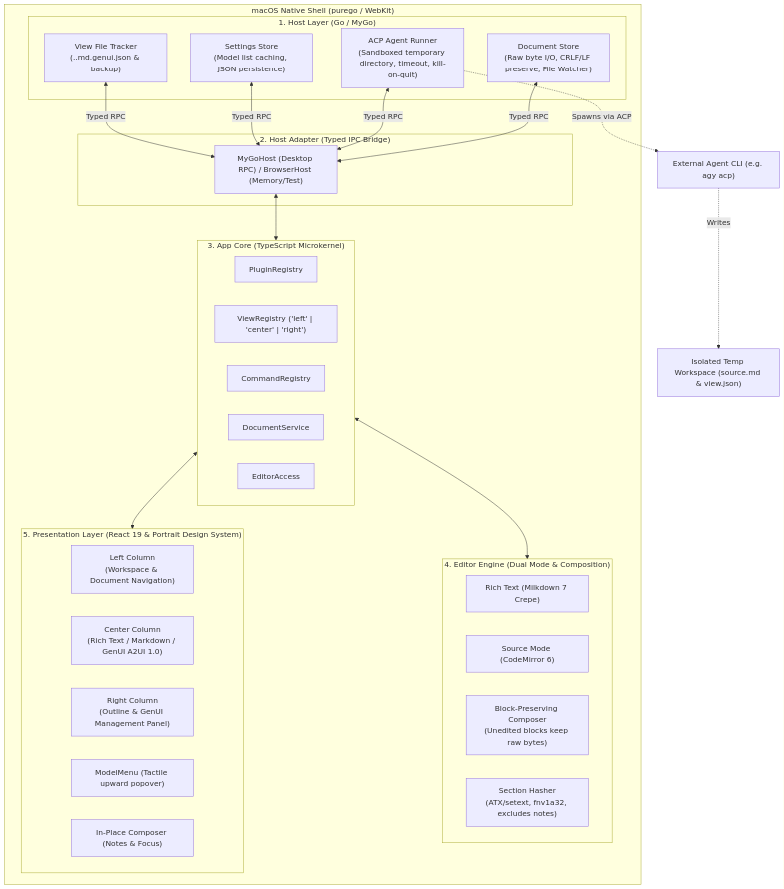
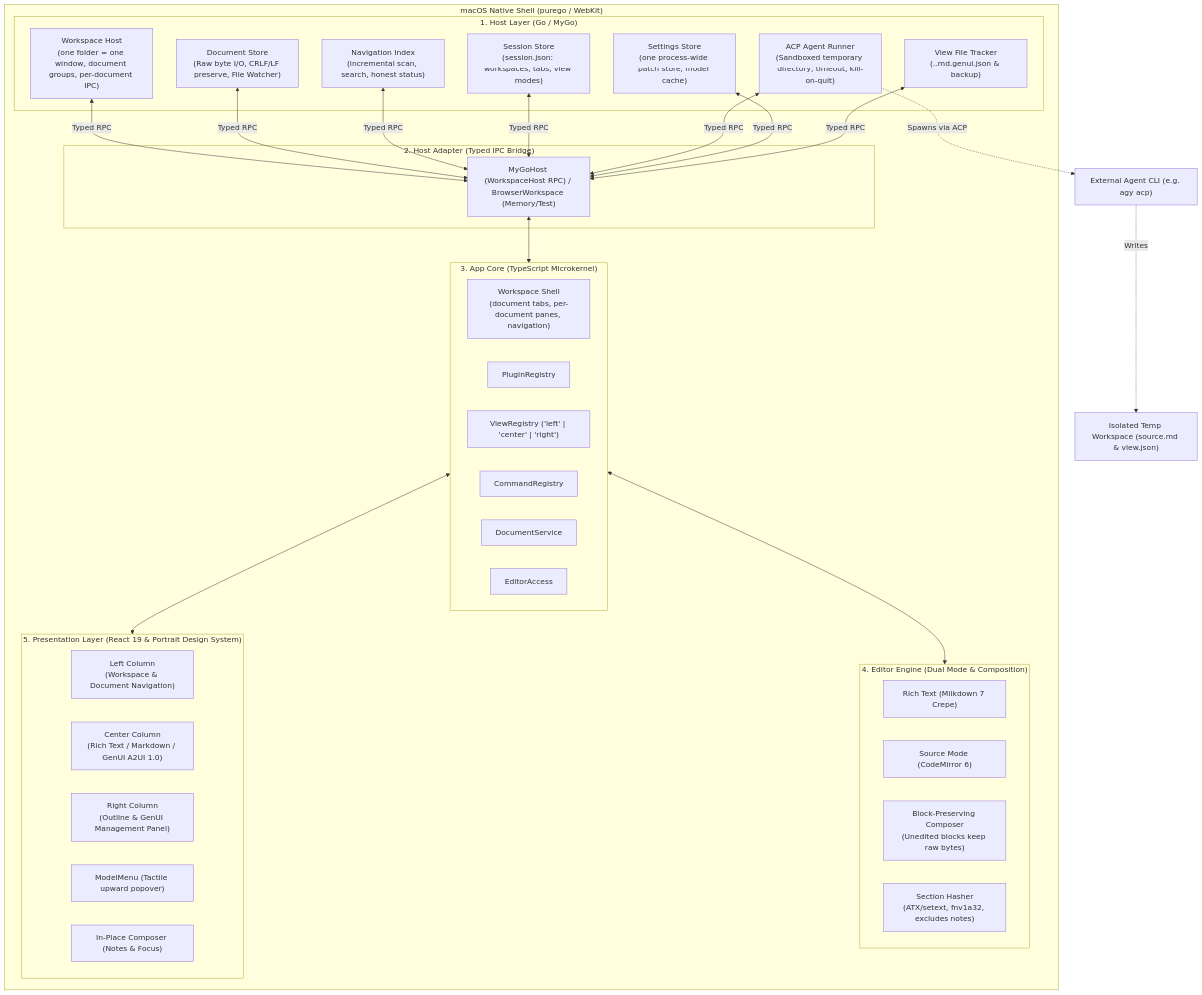
One commit to Bayern99/mark-go-go changed the first of 2 diagrams in ARCHITECTURE.md. Above: the diagram before and after it, drawn with Mermaid. The commit also changed other lines of this file and 7 other files, not shown here.

````diff
--- a/ARCHITECTURE.md
+++ b/ARCHITECTURE.md
@@ -14,50 +14,57 @@
 ```mermaid
 graph TD
     subgraph macOS Desktop ["macOS Native Shell (purego / WebKit)"]
         subgraph HostLayer ["1. Host Layer (Go / MyGo)"]
+            Workspaces["Workspace Host<br/>(one folder = one window, document groups, per-document IPC)"]
             DocStore["Document Store<br/>(Raw byte I/O, CRLF/LF preserve, File Watcher)"]
+            NavIndex["Navigation Index<br/>(incremental scan, search, honest status)"]
+            SessionStore["Session Store<br/>(session.json: workspaces, tabs, view modes)"]
             AgentRunner["ACP Agent Runner<br/>(Sandboxed temporary directory, timeout, kill-on-quit)"]
-            SettingsStore["Settings Store<br/>(Model list caching, JSON persistence)"]
+            SettingsStore["Settings Store<br/>(one process-wide patch store, model cache)"]
             ViewTracker["View File Tracker<br/>(.<doc>.md.genui.json & backup)"]
         end
 
         subgraph IPC ["2. Host Adapter (Typed IPC Bridge)"]
-            MyGoHost["MyGoHost (Desktop RPC) / BrowserHost (Memory/Test)"]
+            MyGoHost["MyGoHost (WorkspaceHost RPC) / BrowserWorkspace (Memory/Test)"]
         end
 
         subgraph CoreLayer ["3. App Core (TypeScript Microkernel)"]
+            Shell["Workspace Shell<br/>(document tabs, per-document panes, navigation)"]
             PluginReg["PluginRegistry"]
             ViewReg["ViewRegistry ('left' | 'center' | 'right')"]
             CmdReg["CommandRegistry"]
             DocSvc["DocumentService"]
             EditorAccess["EditorAccess"]
         end
 
         subgraph EditorLayer ["4. Editor Engine (Dual Mode & Composition)"]
             WYSIWYG["Rich Text (Milkdown 7 Crepe)"]
             Source["Source Mode (CodeMirror 6)"]
             Compose["Block-Preserving Composer<br/>(Unedited blocks keep raw bytes)"]
             SectionHash["Section Hasher<br/>(ATX/setext, fnv1a32, excludes notes)"]
         end
 
         subgraph UILayer ["5. Presentation Layer (React 19 & Portrait Design System)"]
             LeftCol["Left Column<br/>(Workspace & Document Navigation)"]
             CenterCol["Center Column<br/>(Rich Text / Markdown / GenUI A2UI 1.0)"]
             RightCol["Right Column<br/>(Outline & GenUI Management Panel)"]
             ModelMenu["ModelMenu (Tactile upward popover)"]
             Composer["In-Place Composer (Notes & Focus)"]
         end
     end
 
+    Workspaces <-->|Typed RPC| MyGoHost
     DocStore <-->|Typed RPC| MyGoHost
+    NavIndex <-->|Typed RPC| MyGoHost
+    SessionStore <-->|Typed RPC| MyGoHost
     AgentRunner <-->|Typed RPC| MyGoHost
     SettingsStore <-->|Typed RPC| MyGoHost
     ViewTracker <-->|Typed RPC| MyGoHost
 
     MyGoHost <--> CoreLayer
     CoreLayer <--> EditorLayer
     CoreLayer <--> UILayer
 
     AgentRunner -.->|Spawns via ACP| ExternalAgent["External Agent CLI (e.g. agy acp)"]
     ExternalAgent -.->|Writes| IsolatedWorkspace["Isolated Temp Workspace (source.md & view.json)"]
 ```
````
